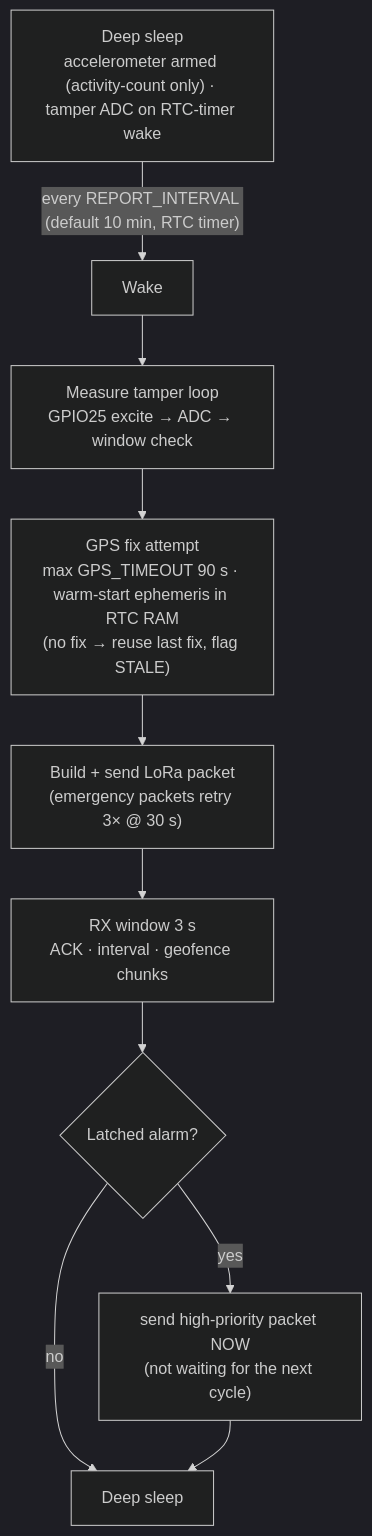
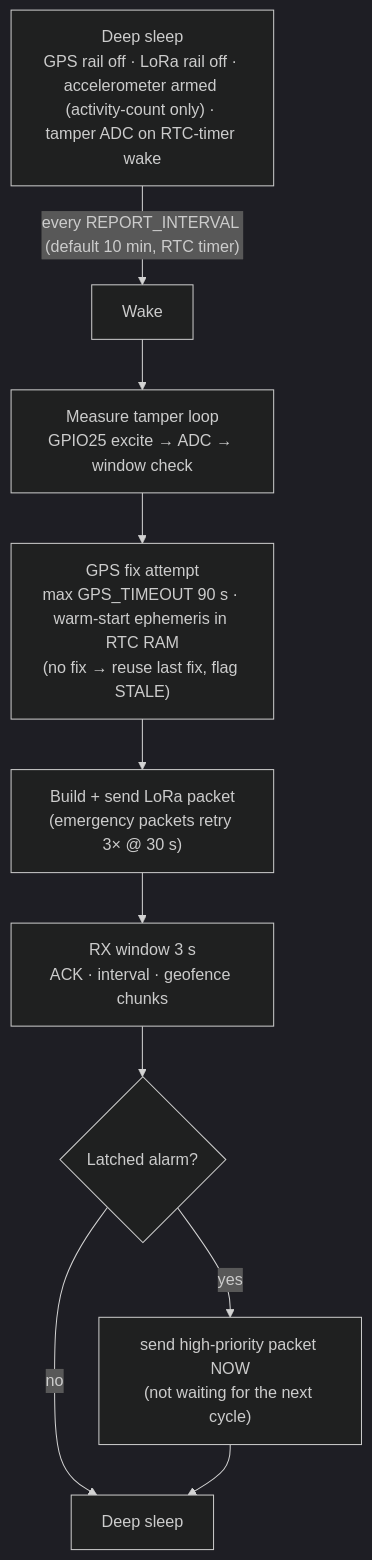
The first of 2 diagrams in docs/FIRMWARE.md (qppd/smart-collar), drawn with Mermaid (dark theme) before and after one commit. The commit also changed other lines of this file and 14 other files, not shown here.

````diff
--- a/docs/FIRMWARE.md
+++ b/docs/FIRMWARE.md
@@ -17,12 +17,12 @@
 ```mermaid
 flowchart TB
-    SLEEP["Deep sleep<br/>accelerometer armed (activity-count only) · tamper ADC on RTC-timer wake"] -- "every REPORT_INTERVAL (default 10 min, RTC timer)" --> WAKE["Wake"]
+    SLEEP["Deep sleep<br/>GPS rail off · LoRa rail off · accelerometer armed (activity-count only) · tamper ADC on RTC-timer wake"] -- "every REPORT_INTERVAL (default 10 min, RTC timer)" --> WAKE["Wake"]
     WAKE --> LOOPM["Measure tamper loop<br/>GPIO25 excite → ADC → window check"]
     LOOPM --> GPSF["GPS fix attempt<br/>max GPS_TIMEOUT 90 s · warm-start ephemeris in RTC RAM<br/>(no fix → reuse last fix, flag STALE)"]
     GPSF --> SND["Build + send LoRa packet<br/>(emergency packets retry 3× @ 30 s)"]
     SND --> RXW["RX window 3 s<br/>ACK · interval · geofence chunks"]
     RXW --> LATCH{"Latched alarm?"}
     LATCH -- "yes" --> NOW["send high-priority packet NOW<br/>(not waiting for the next cycle)"]
     LATCH -- "no" --> BACK["Deep sleep"]
     NOW --> BACK
 ```
````
